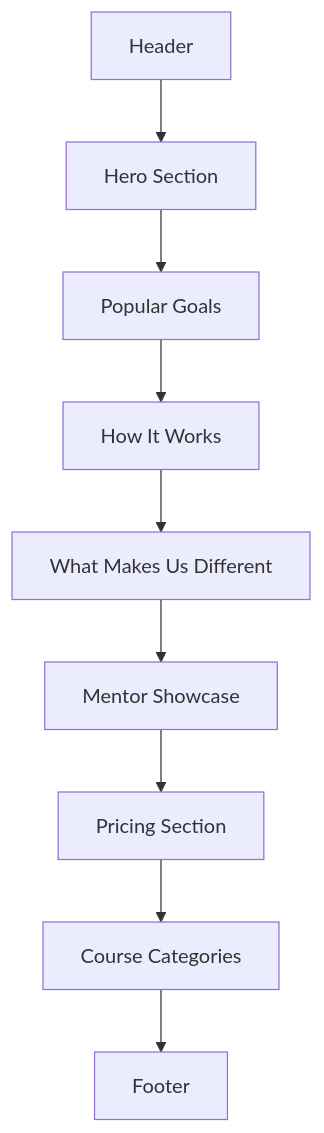
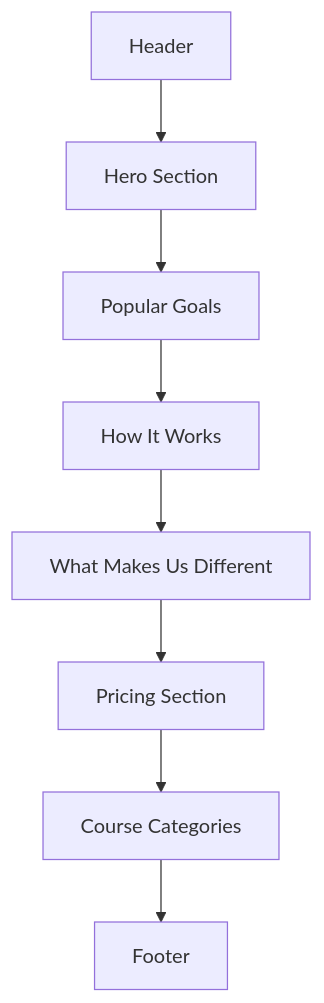
Before and after one commit to BadriPrudhvi/pathwise: the diagram in landing_page_plan.md, drawn with Mermaid. The commit also changed other lines of this file, not shown here.

Commit message:
Update landing page plan to mark all QA tasks as completed and adjust flow for sections

````diff
--- a/landing_page_plan.md
+++ b/landing_page_plan.md
@@ -220,12 +220,11 @@
 ```mermaid
 graph TD
 A[Header]
 A --> B[Hero Section]
 B --> C[Popular Goals]
 C --> D[How It Works]
 D --> E[What Makes Us Different]
-E --> F[Mentor Showcase]
-F --> G[Pricing Section]
-G --> H[Course Categories]
-H --> I[Footer]
+E --> F[Pricing Section]
+F --> G[Course Categories]
+G --> H[Footer]
 ```
````
